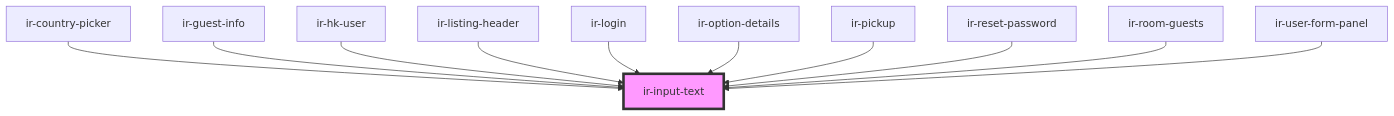
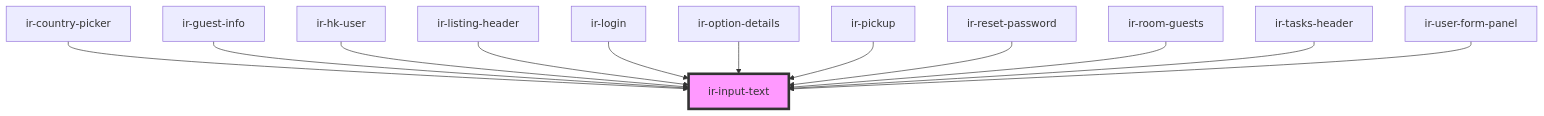
The diagram in src/components/ui/ir-input-text/readme.md (RonyRizk/ir-webcmp), drawn with Mermaid before and after one commit. The commit also changed other lines of this file and 62 other files, not shown here.

````diff
--- a/src/components/ui/ir-input-text/readme.md
+++ b/src/components/ui/ir-input-text/readme.md
@@ -69,14 +70,15 @@
 ```mermaid
 graph TD;
   ir-country-picker --> ir-input-text
   ir-guest-info --> ir-input-text
   ir-hk-user --> ir-input-text
   ir-listing-header --> ir-input-text
   ir-login --> ir-input-text
   ir-option-details --> ir-input-text
   ir-pickup --> ir-input-text
   ir-reset-password --> ir-input-text
   ir-room-guests --> ir-input-text
+  ir-tasks-header --> ir-input-text
   ir-user-form-panel --> ir-input-text
   style ir-input-text fill:#f9f,stroke:#333,stroke-width:4px
 ```
````
